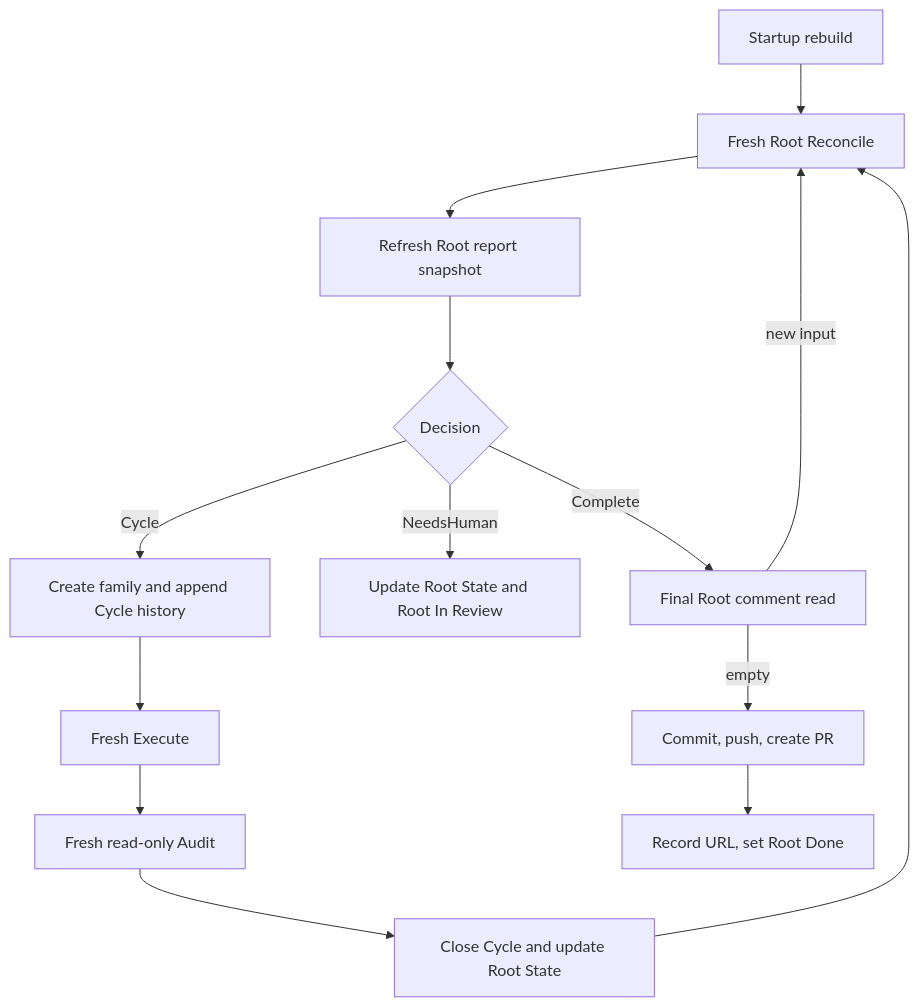
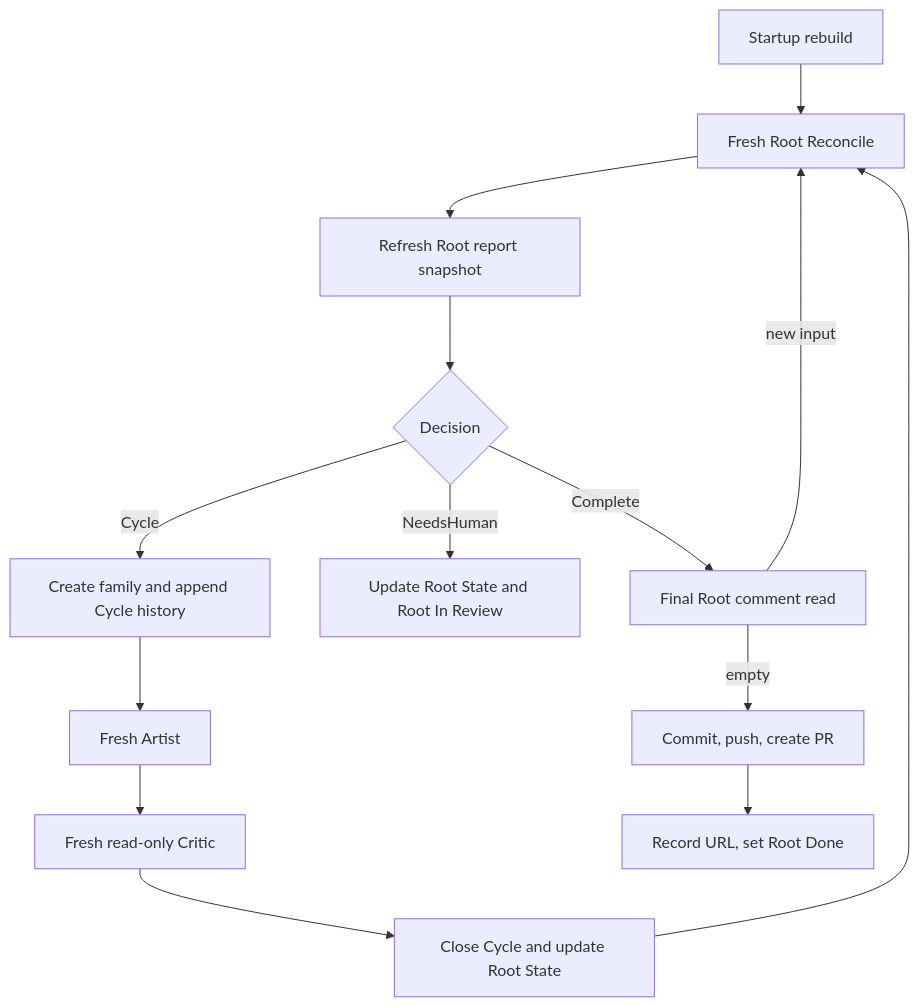
The diagram in docs/architecture/conductor.md (hallucination-studio/symphony), drawn with Mermaid before and after one commit. The commit also changed other lines of this file and 64 other files, not shown here.

Commit message:
refactor: rename cycle roles to artist and critic

````diff
--- a/docs/architecture/conductor.md
+++ b/docs/architecture/conductor.md
@@ -126,17 +126,17 @@
 ```mermaid
 %% source-rules: WF-ROUTE-001 WF-ROUTE-002 WF-ROUTE-003 WF-ROUTE-004 WF-ROUTE-005 WF-ROUTE-006 WF-ROUTE-007 WF-ROUTE-008
 flowchart TD
   Start[Startup rebuild] --> Reconcile[Fresh Root Reconcile]
   Reconcile --> Report[Refresh Root report snapshot]
   Report --> Decision{Decision}
   Decision -->|Cycle| Create[Create family and append Cycle history]
-  Create --> Execute[Fresh Execute]
-  Execute --> Audit[Fresh read-only Audit]
-  Audit --> Close[Close Cycle and update Root State]
+  Create --> Artist[Fresh Artist]
+  Artist --> Critic[Fresh read-only Critic]
+  Critic --> Close[Close Cycle and update Root State]
   Close --> Reconcile
   Decision -->|NeedsHuman| Stop[Update Root State and Root In Review]
   Decision -->|Complete| Inbox[Final Root comment read]
   Inbox -->|new input| Reconcile
   Inbox -->|empty| PR[Commit, push, create PR]
   PR --> Done[Record URL, set Root Done]
 ```
````
